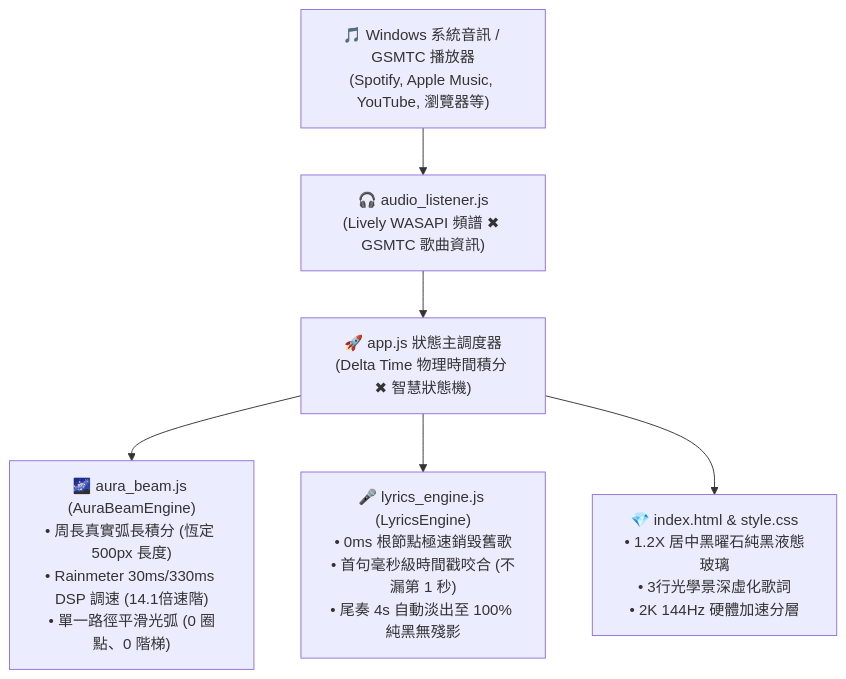
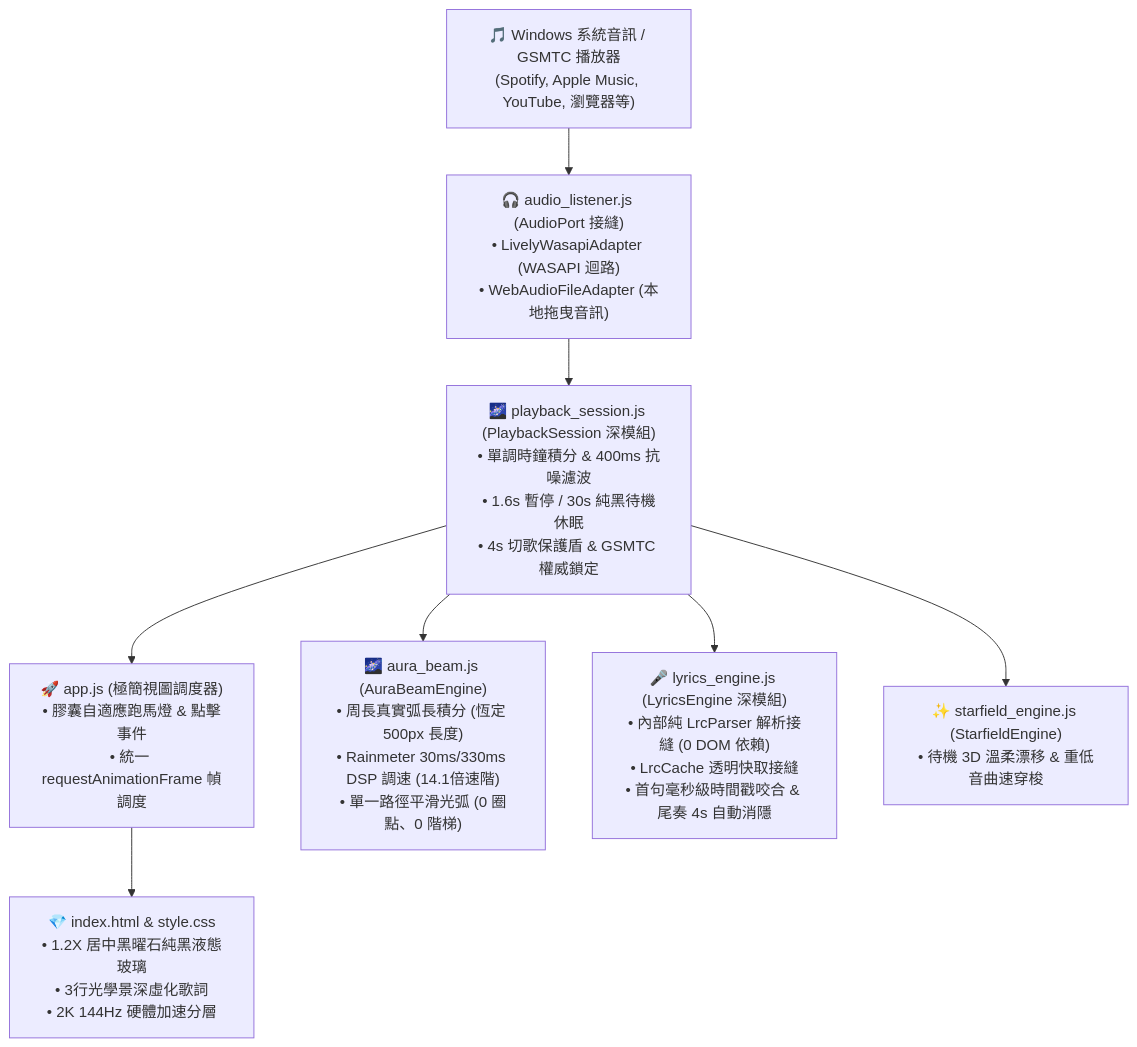
One commit to bryanhuang0511/Lively-AOD-Music-Hub changed the diagram in ARCHITECTURE_AND_MAINTENANCE_GUIDE.md. Above: the diagram before and after it, drawn with Mermaid. The commit also changed other lines of this file and 16 other files, not shown here.

Commit message:
feat(pc): release v1.3.1 - 92% draw call batching, zero GC pooling & deep modular PlaybackSession

````diff
--- a/ARCHITECTURE_AND_MAINTENANCE_GUIDE.md
+++ b/ARCHITECTURE_AND_MAINTENANCE_GUIDE.md
@@ -14,8 +14,10 @@
 ```mermaid
 graph TD
-  A["🎵 Windows 系統音訊 / GSMTC 播放器<br>(Spotify, Apple Music, YouTube, 瀏覽器等)"] --> B["🎧 audio_listener.js<br>(Lively WASAPI 頻譜 ✖ GSMTC 歌曲資訊)"]
-  B --> C["🚀 app.js 狀態主調度器<br>(Delta Time 物理時間積分 ✖ 智慧狀態機)"]
-  C --> D["🌌 aura_beam.js (AuraBeamEngine)<br>• 周長真實弧長積分 (恆定 500px 長度)<br>• Rainmeter 30ms/330ms DSP 調速 (14.1倍速階)<br>• 單一路徑平滑光弧 (0 圈點、0 階梯)"]
-  C --> E["🎤 lyrics_engine.js (LyricsEngine)<br>• 0ms 根節點極速銷毀舊歌<br>• 首句毫秒級時間戳咬合 (不漏第 1 秒)<br>• 尾奏 4s 自動淡出至 100% 純黑無殘影"]
-  C --> F["💎 index.html & style.css<br>• 1.2X 居中黑曜石純黑液態玻璃<br>• 3行光學景深虛化歌詞<br>• 2K 144Hz 硬體加速分層"]
+  A["🎵 Windows 系統音訊 / GSMTC 播放器<br/>(Spotify, Apple Music, YouTube, 瀏覽器等)"] --> B["🎧 audio_listener.js (AudioPort 接縫)<br/>• LivelyWasapiAdapter (WASAPI 迴路)<br/>• WebAudioFileAdapter (本地拖曳音訊)"]
+  B --> PS["🌌 playback_session.js (PlaybackSession 深模組)<br/>• 單調時鐘積分 & 400ms 抗噪濾波<br/>• 1.6s 暫停 / 30s 純黑待機休眠<br/>• 4s 切歌保護盾 & GSMTC 權威鎖定"]
+  PS --> C["🚀 app.js (極簡視圖調度器)<br/>• 膠囊自適應跑馬燈 & 點擊事件<br/>• 統一 requestAnimationFrame 幀調度"]
+  PS --> D["🌌 aura_beam.js (AuraBeamEngine)<br/>• 周長真實弧長積分 (恆定 500px 長度)<br/>• Rainmeter 30ms/330ms DSP 調速 (14.1倍速階)<br/>• 單一路徑平滑光弧 (0 圈點、0 階梯)"]
+  PS --> E["🎤 lyrics_engine.js (LyricsEngine 深模組)<br/>• 內部純 LrcParser 解析接縫 (0 DOM 依賴)<br/>• LrcCache 透明快取接縫<br/>• 首句毫秒級時間戳咬合 & 尾奏 4s 自動消隱"]
+  PS --> S["✨ starfield_engine.js (StarfieldEngine)<br/>• 待機 3D 溫柔漂移 & 重低音曲速穿梭"]
+  C --> F["💎 index.html & style.css<br/>• 1.2X 居中黑曜石純黑液態玻璃<br/>• 3行光學景深虛化歌詞<br/>• 2K 144Hz 硬體加速分層"]
 ```
````
